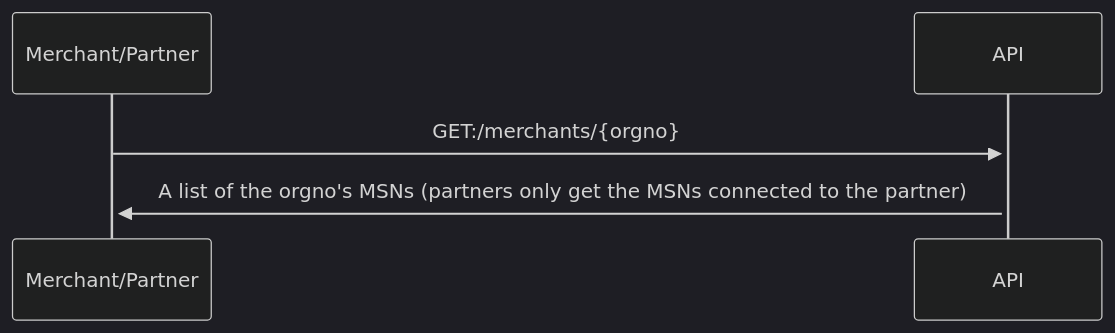
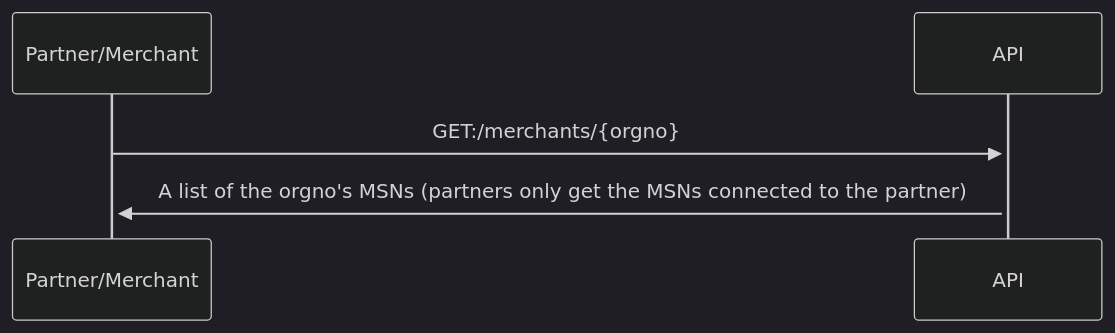
The first of 3 diagrams in management-api-guide.md (vippsas/management-api), drawn with Mermaid (dark theme) before and after one commit. The commit also changed other lines of this file, not shown here.

Commit message:
Partner/Merchant

````diff
--- a/management-api-guide.md
+++ b/management-api-guide.md
@@ -47,5 +49,5 @@
 ```mermaid
 sequenceDiagram
-    Merchant/Partner->>+API: GET:/merchants/{orgno}
-    API->>+Merchant/Partner: A list of the orgno's MSNs (partners only get the MSNs connected to the partner)
+    Partner/Merchant->>+API: GET:/merchants/{orgno}
+    API->>+Partner/Merchant: A list of the orgno's MSNs (partners only get the MSNs connected to the partner)
 ```
````
